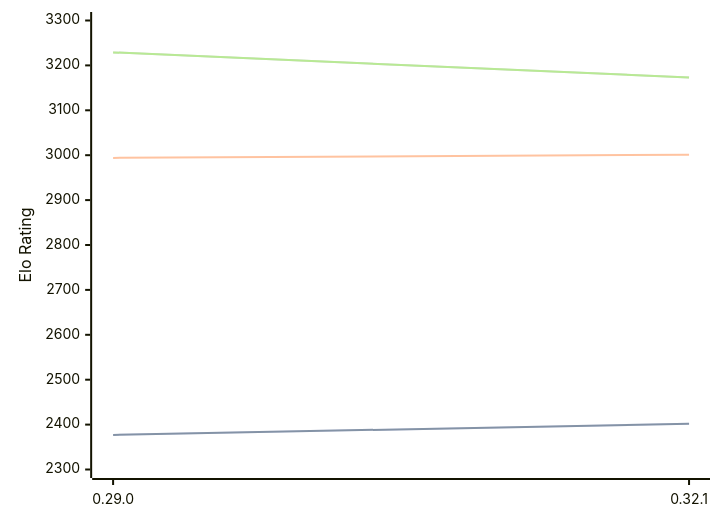
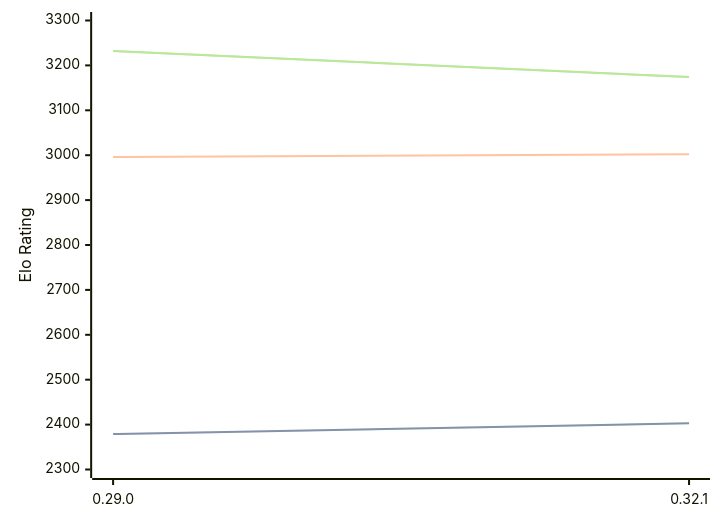
The diagram in engines/Lc0.md (computer-chess-index/cci), drawn with Mermaid before and after one commit. The commit also changed other lines of this file, not shown here.

Commit message:
Update CCI Ratings (ELO VLTC) - 2026-09-01

````diff
--- a/engines/Lc0.md
+++ b/engines/Lc0.md
@@ -32,11 +32,11 @@
 ```mermaid
 %%{init: {"theme":"base","themeVariables":{"seriesColors:['#a3a3a3','#222221','#faa371']}}}%%
 xychart-beta
   x-axis ["0.29.0", "0.32.1"]
   y-axis "Elo Rating" 2300 --> 3300
-  line "" [2377, 2402]
-  line "STC (8.0+0.08s)" [2377, 2402]
-  line "LTC (60.0+0.60s)" [2994, 3001]
-  line "" [3229, 3173]
-  line "VLTC (2m24s+1.12s)" [3229, 3173]
+  line "" [2379, 2403]
+  line "STC (8.0+0.08s)" [2379, 2403]
+  line "LTC (60.0+0.60s)" [2996, 3002]
+  line "" [3232, 3174]
+  line "VLTC (2m24s+1.12s)" [3232, 3174]
 ```
````
